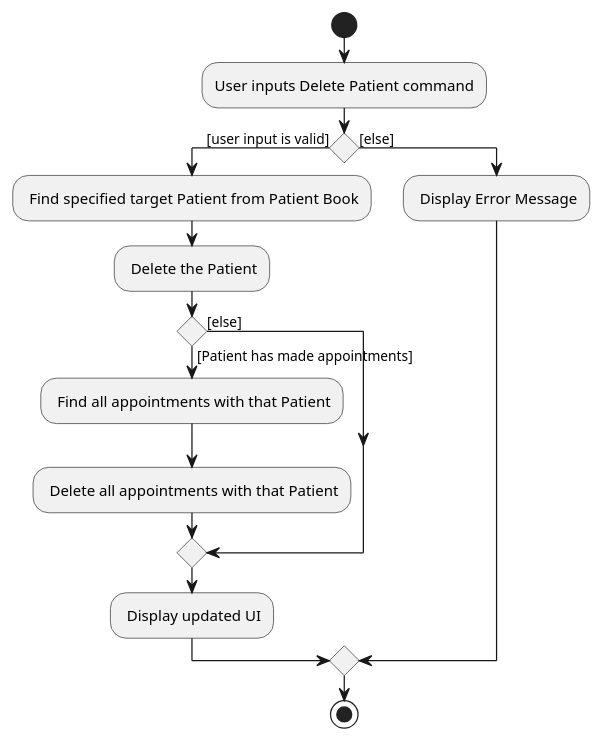
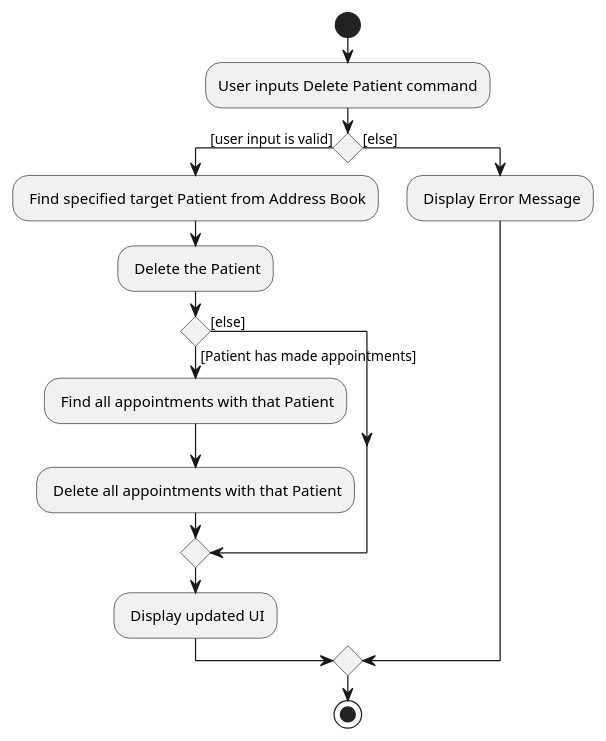
One commit to rish-16/tp changed the diagram in docs/diagrams/DeletePatientActivityDiagram.puml. Above: the diagram before and after it, drawn with PlantUML. The commit also changed 2 other files, not shown here.

```diff
--- a/docs/diagrams/DeletePatientActivityDiagram.puml
+++ b/docs/diagrams/DeletePatientActivityDiagram.puml
@@ -1,19 +1,19 @@
 @startuml
 
 start
 :User inputs Delete Patient command;
 if () then ([user input is valid])
-: Find specified target Patient from Patient Book;
+: Find specified target Patient from Address Book;
 : Delete the Patient;
 if () then ([Patient has made appointments])
 : Find all appointments with that Patient;
 : Delete all appointments with that Patient;
 else ([else])
 endif
 : Display updated UI;
 else ([else])
 : Display Error Message;
 endif
 stop
 
 @enduml
```
